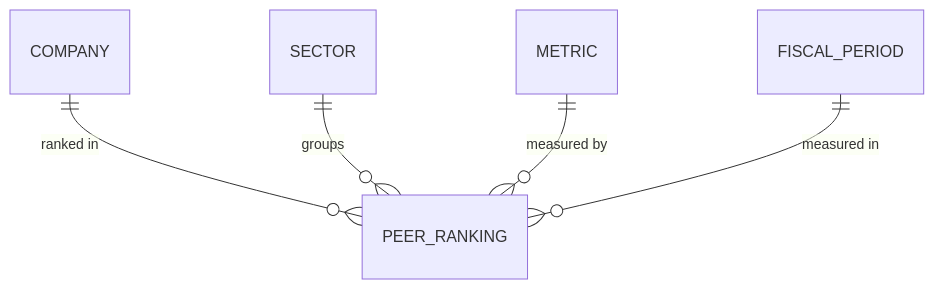
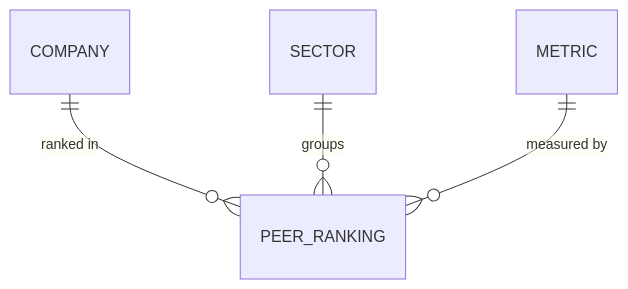
Before and after one commit to jcernauske/sec-edgair: the seventh of 8 diagrams in README.md, drawn with Mermaid. The commit also changed other lines of this file, not shown here.

````diff
--- a/README.md
+++ b/README.md
@@ -694,7 +248,6 @@
 ```mermaid
 erDiagram
     COMPANY ||--o{ PEER_RANKING : "ranked in"
     SECTOR ||--o{ PEER_RANKING : "groups"
     METRIC ||--o{ PEER_RANKING : "measured by"
-    FISCAL_PERIOD ||--o{ PEER_RANKING : "measured in"
 ```
````
